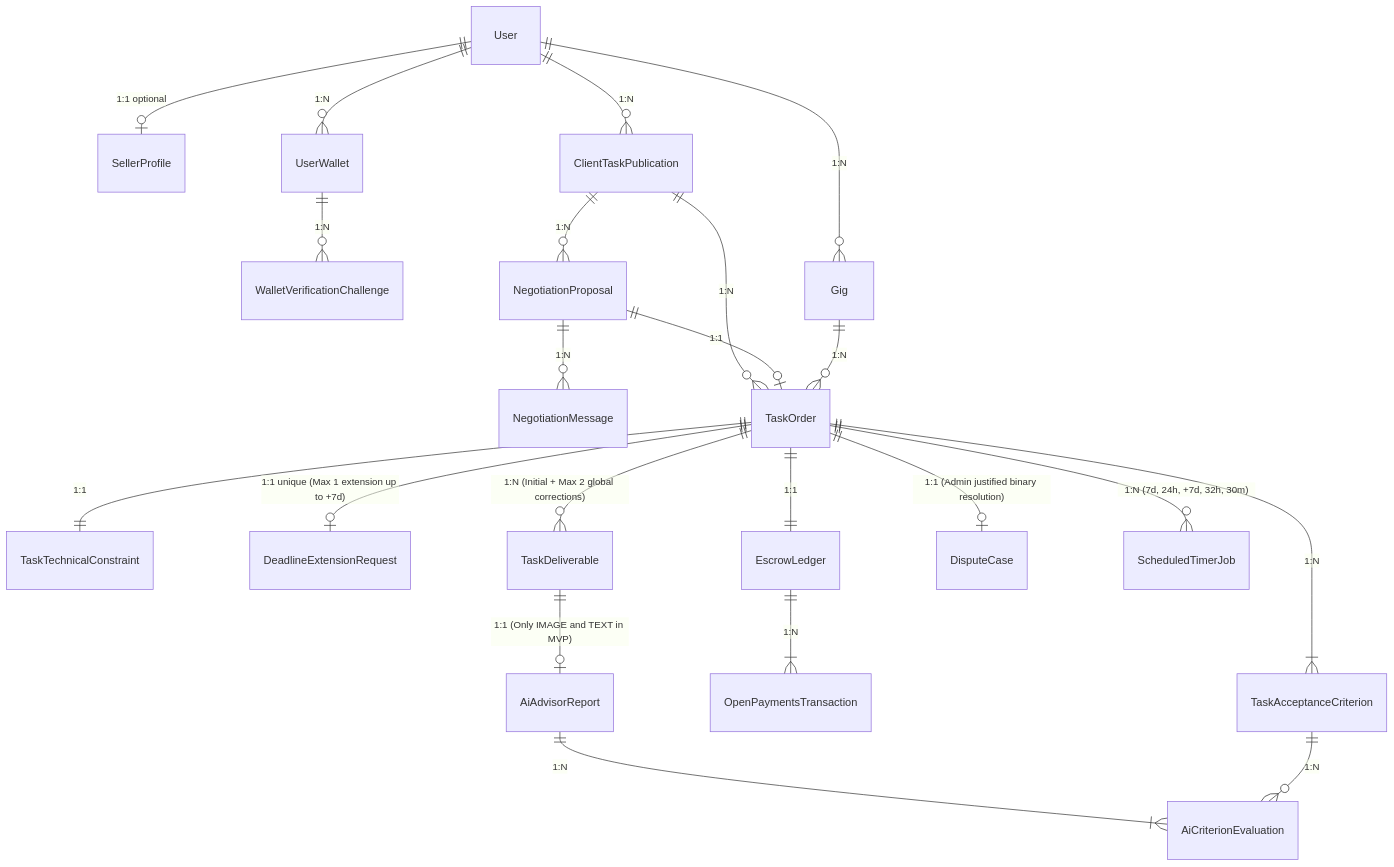
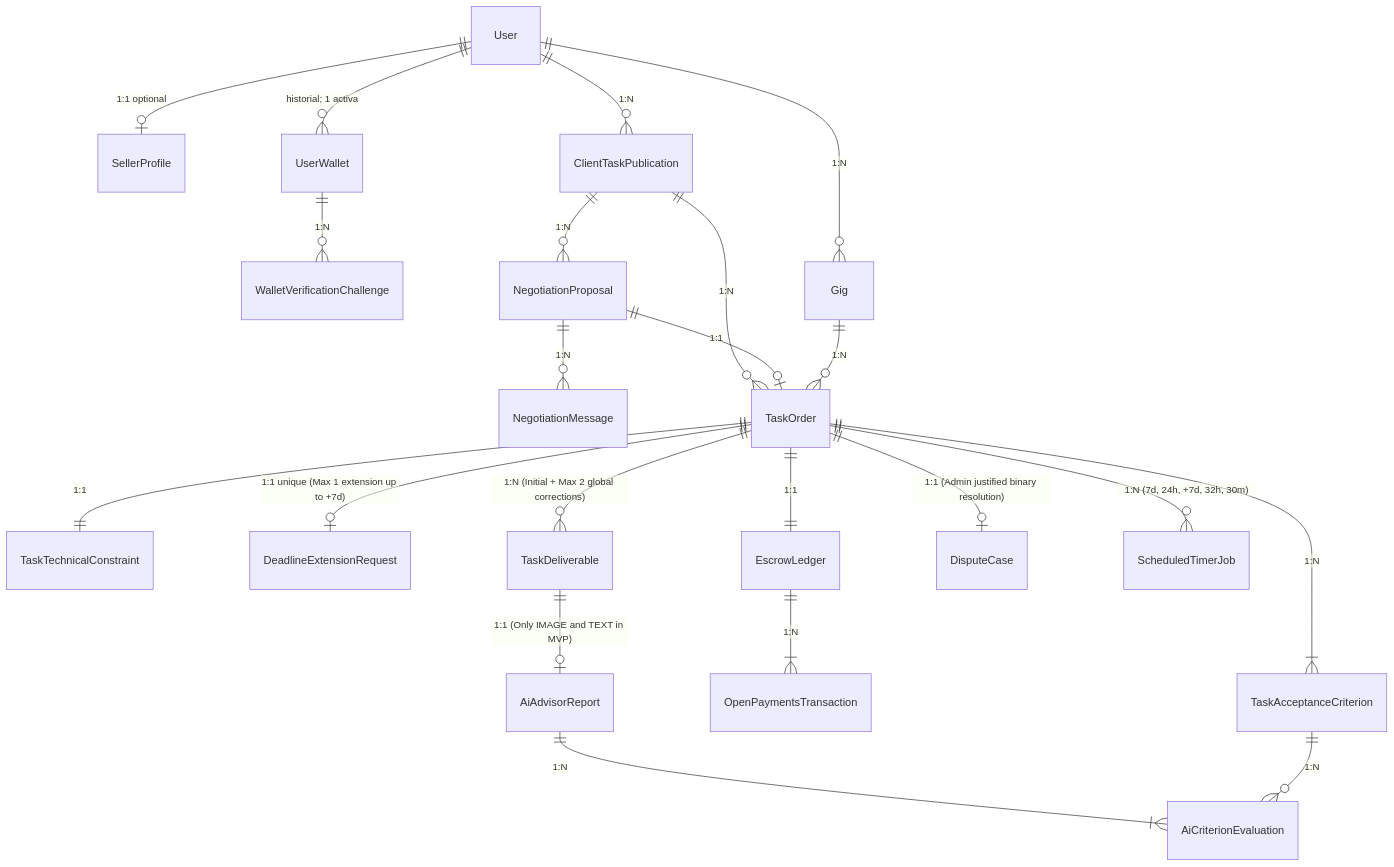
Before and after one commit to Sebastian-Tunjuelo/Haki-Soft: the second of 2 diagrams in planning/architecture-overview.md, drawn with Mermaid. The commit also changed other lines of this file and 85 other files, not shown here.

First line of the commit message:
feat: scaffold monorepo with NestJS API, Next.js web, shared schemas, and Open Payments tools

````diff
--- a/planning/architecture-overview.md
+++ b/planning/architecture-overview.md
@@ -265,28 +243,28 @@
 ```mermaid
 erDiagram
     User ||--o| SellerProfile : "1:1 optional"
-    User ||--o{ UserWallet : "1:N"
+    User ||--o{ UserWallet : "historial; 1 activa"
     UserWallet ||--o{ WalletVerificationChallenge : "1:N"
 
     User ||--o{ Gig : "1:N"
     User ||--o{ ClientTaskPublication : "1:N"
     ClientTaskPublication ||--o{ NegotiationProposal : "1:N"
     NegotiationProposal ||--o{ NegotiationMessage : "1:N"
 
     ClientTaskPublication ||--o{ TaskOrder : "1:N"
     NegotiationProposal ||--o| TaskOrder : "1:1"
     Gig ||--o{ TaskOrder : "1:N"
 
     TaskOrder ||--|{ TaskAcceptanceCriterion : "1:N"
     TaskOrder ||--|| TaskTechnicalConstraint : "1:1"
     TaskOrder ||--o| DeadlineExtensionRequest : "1:1 unique (Max 1 extension up to +7d)"
     TaskOrder ||--|| EscrowLedger : "1:1"
     TaskOrder ||--o{ TaskDeliverable : "1:N (Initial + Max 2 global corrections)"
     TaskOrder ||--o| DisputeCase : "1:1 (Admin justified binary resolution)"
     TaskOrder ||--o{ ScheduledTimerJob : "1:N (7d, 24h, +7d, 32h, 30m)"
 
     EscrowLedger ||--|{ OpenPaymentsTransaction : "1:N"
     TaskDeliverable ||--o| AiAdvisorReport : "1:1 (Only IMAGE and TEXT in MVP)"
     AiAdvisorReport ||--|{ AiCriterionEvaluation : "1:N"
     TaskAcceptanceCriterion ||--o{ AiCriterionEvaluation : "1:N"
 ```
````
